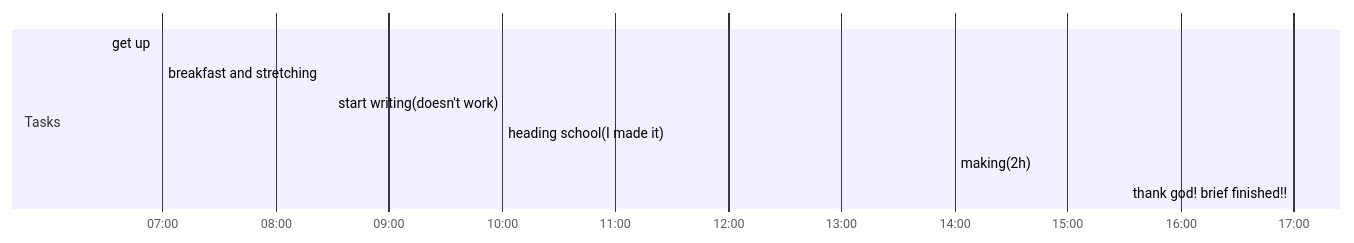
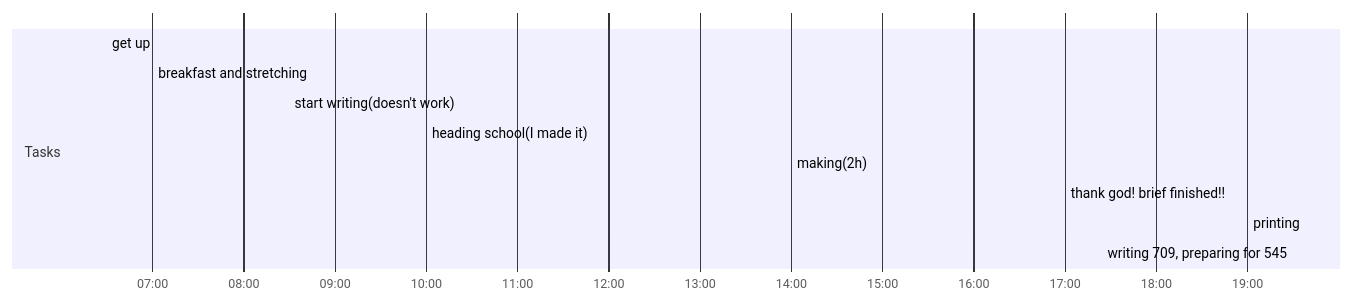
The diagram in Day Planners/Day Planner-20230108.md (PseudoPau/ThesisLog), drawn with Mermaid before and after one commit. The commit also changed other lines of this file and 1 other file, not shown here.

Commit message:
vault backup: 2023-01-08 18:59:18

````diff
--- a/Day Planners/Day Planner-20230108.md
+++ b/Day Planners/Day Planner-20230108.md
@@ -2,15 +2,17 @@
 ```mermaid
 gantt
     dateFormat  HH-mm
     axisFormat %H:%M
-    %% Current Time: 6:38:18 PM
+    %% Current Time: 6:59:17 PM
     section Tasks
     get up     :06-30, 30mm
     breakfast and stretching     :07-00, 90mm
     start writing(doesn't work)     :08-30, 90mm
     heading school(I made it)     :10-00, 240mm
     making(2h)     :14-00, 180mm
-    thank god! brief finished!!     :17-00, 0mm
+    thank god! brief finished!!     :17-00, 120mm
+    printing     :19-00, 30mm
+    writing 709, preparing for 545     :19-30, 0mm
     section Breaks
 
 ```
````
